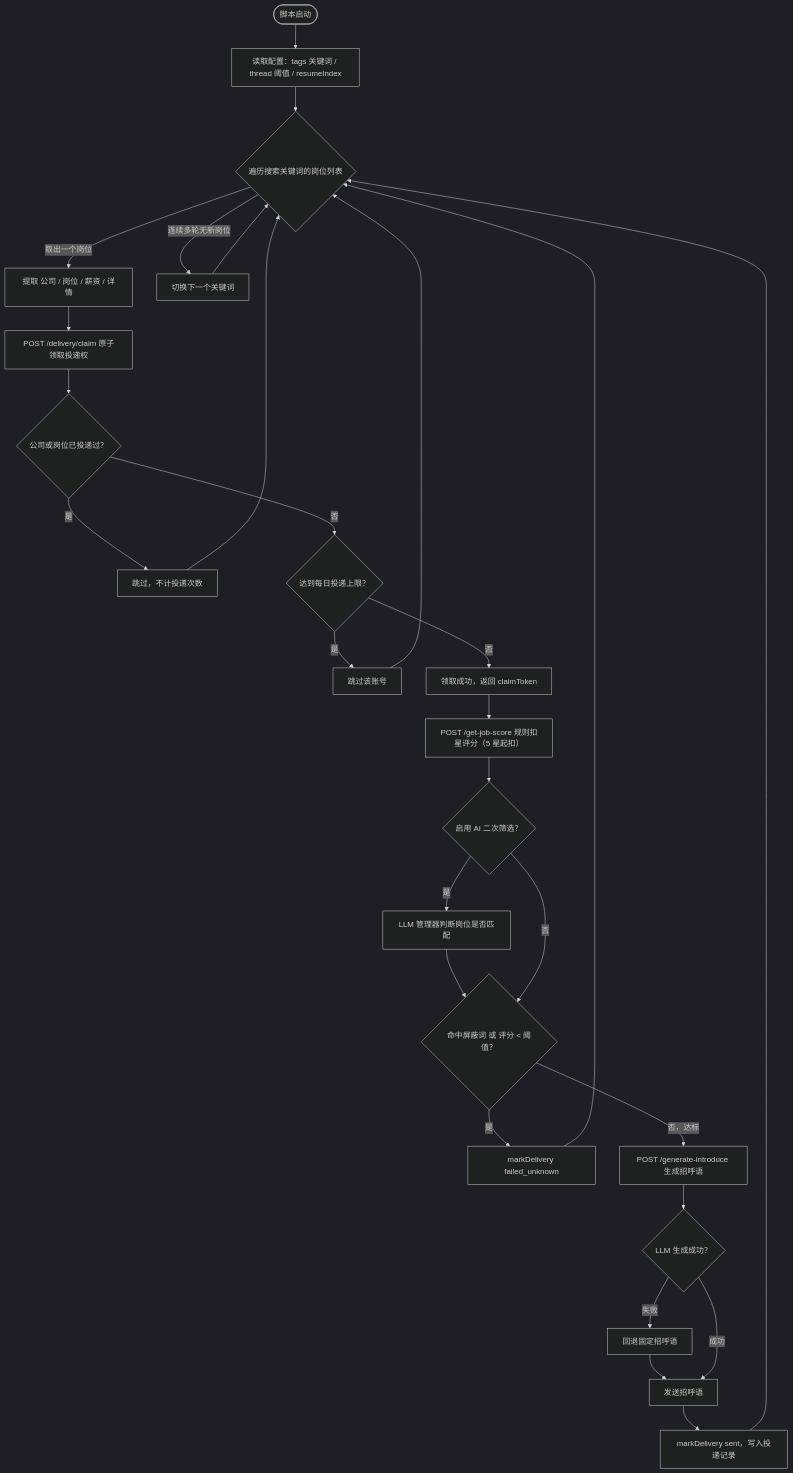
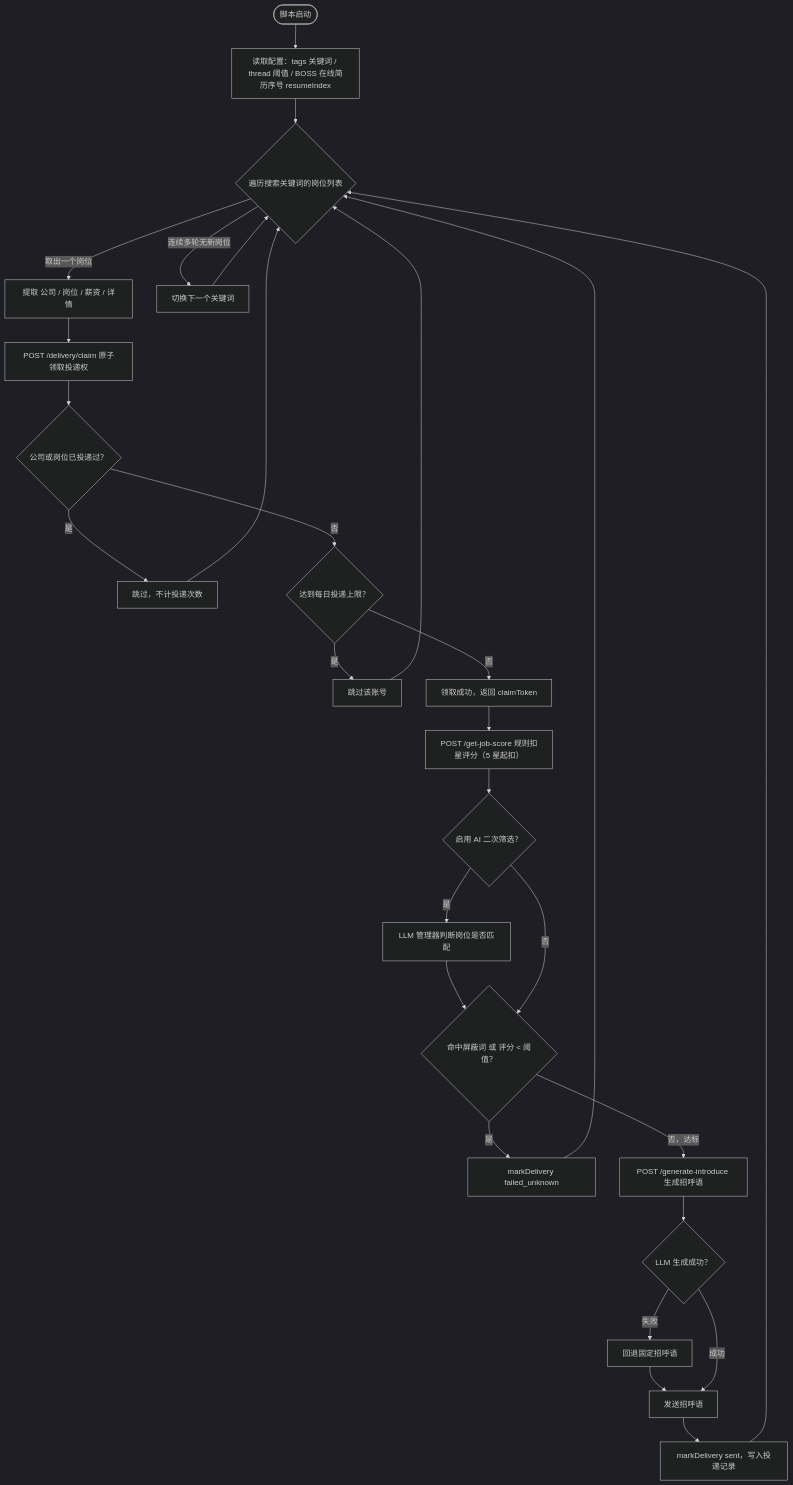
The first of 2 diagrams in readme.md (MineAurora2/boos-good-job), drawn with Mermaid (dark theme) before and after one commit. The commit also changed other lines of this file and 28 other files, not shown here.

Commit message:
Refine job flow handling and update related UI

````diff
--- a/readme.md
+++ b/readme.md
@@ -43,23 +43,23 @@
 ```mermaid
 flowchart TD
-    Start(["脚本启动"]) --> Cfg["读取配置：tags 关键词 / thread 阈值 / resumeIndex"]
+    Start(["脚本启动"]) --> Cfg["读取配置：tags 关键词 / thread 阈值 / BOSS 在线简历序号 resumeIndex"]
     Cfg --> Loop{"遍历搜索关键词的岗位列表"}
     Loop -->|取出一个岗位| Extract["提取 公司 / 岗位 / 薪资 / 详情"]
     Extract --> Claim["POST /delivery/claim 原子领取投递权"]
     Claim --> Dup{"公司或岗位已投递过？"}
     Dup -->|是| Skip1["跳过，不计投递次数"] --> Loop
     Dup -->|否| Quota{"达到每日投递上限？"}
     Quota -->|是| Skip2["跳过该账号"] --> Loop
     Quota -->|否| Token["领取成功，返回 claimToken"]
     Token --> Score["POST /get-job-score 规则扣星评分（5 星起扣）"]
     Score --> AI{"启用 AI 二次筛选？"}
     AI -->|是| Filter["LLM 管理器判断岗位是否匹配"] --> Judge
     AI -->|否| Judge{"命中屏蔽词 或 评分 &lt; 阈值？"}
     Judge -->|是| Mark1["markDelivery failed_unknown"] --> Loop
     Judge -->|否，达标| Gen["POST /generate-introduce 生成招呼语"]
     Gen --> GenOk{"LLM 生成成功？"}
     GenOk -->|失败| Fixed["回退固定招呼语"] --> Send
     GenOk -->|成功| Send["发送招呼语"]
     Send --> Mark2["markDelivery sent，写入投递记录"] --> Loop
     Loop -->|连续多轮无新岗位| Switch["切换下一个关键词"] --> Loop
 ```
````
